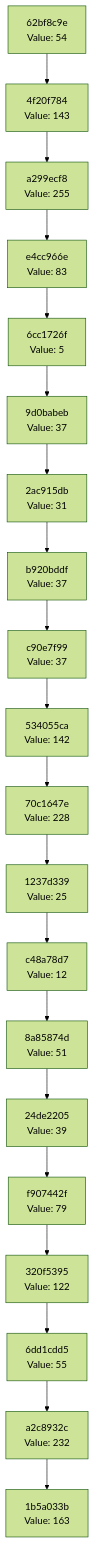
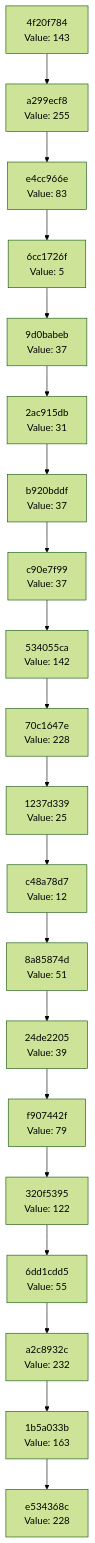
One commit to Abhisheksinha1506/hash-chain-evolver changed the diagram in docs/CHAIN_VISUALIZATION.md. Above: the diagram before and after it, drawn with Mermaid (forest theme). The commit also changed 3 other files, not shown here.

````diff
--- a/docs/CHAIN_VISUALIZATION.md
+++ b/docs/CHAIN_VISUALIZATION.md
@@ -3,42 +3,42 @@
 ```mermaid
 graph TD
-    C0["1b5a033b<br/>Value: 163"]
-    C1["a2c8932c<br/>Value: 232"]
+    C0["e534368c<br/>Value: 228"]
+    C1["1b5a033b<br/>Value: 163"]
     C1 --> C0
-    C2["6dd1cdd5<br/>Value: 55"]
+    C2["a2c8932c<br/>Value: 232"]
     C2 --> C1
-    C3["320f5395<br/>Value: 122"]
+    C3["6dd1cdd5<br/>Value: 55"]
     C3 --> C2
-    C4["f907442f<br/>Value: 79"]
+    C4["320f5395<br/>Value: 122"]
     C4 --> C3
-    C5["24de2205<br/>Value: 39"]
+    C5["f907442f<br/>Value: 79"]
     C5 --> C4
-    C6["8a85874d<br/>Value: 51"]
+    C6["24de2205<br/>Value: 39"]
     C6 --> C5
-    C7["c48a78d7<br/>Value: 12"]
+    C7["8a85874d<br/>Value: 51"]
     C7 --> C6
-    C8["1237d339<br/>Value: 25"]
+    C8["c48a78d7<br/>Value: 12"]
     C8 --> C7
-    C9["70c1647e<br/>Value: 228"]
+    C9["1237d339<br/>Value: 25"]
     C9 --> C8
-    C10["534055ca<br/>Value: 142"]
+    C10["70c1647e<br/>Value: 228"]
     C10 --> C9
-    C11["c90e7f99<br/>Value: 37"]
+    C11["534055ca<br/>Value: 142"]
     C11 --> C10
-    C12["b920bddf<br/>Value: 37"]
+    C12["c90e7f99<br/>Value: 37"]
     C12 --> C11
-    C13["2ac915db<br/>Value: 31"]
+    C13["b920bddf<br/>Value: 37"]
     C13 --> C12
-    C14["9d0babeb<br/>Value: 37"]
+    C14["2ac915db<br/>Value: 31"]
     C14 --> C13
-    C15["6cc1726f<br/>Value: 5"]
+    C15["9d0babeb<br/>Value: 37"]
     C15 --> C14
-    C16["e4cc966e<br/>Value: 83"]
+    C16["6cc1726f<br/>Value: 5"]
     C16 --> C15
-    C17["a299ecf8<br/>Value: 255"]
+    C17["e4cc966e<br/>Value: 83"]
     C17 --> C16
-    C18["4f20f784<br/>Value: 143"]
+    C18["a299ecf8<br/>Value: 255"]
     C18 --> C17
-    C19["62bf8c9e<br/>Value: 54"]
+    C19["4f20f784<br/>Value: 143"]
     C19 --> C18
 ```
````
